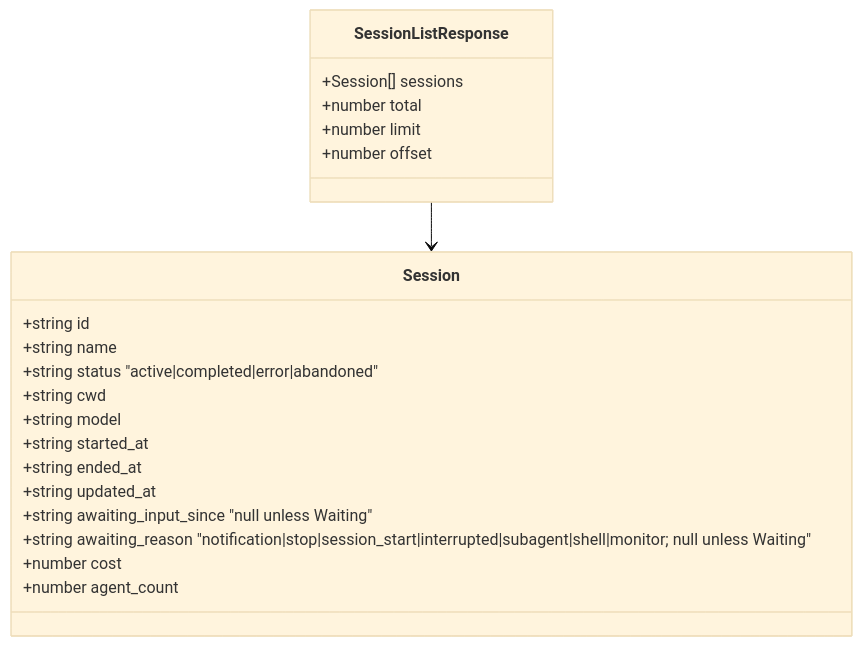
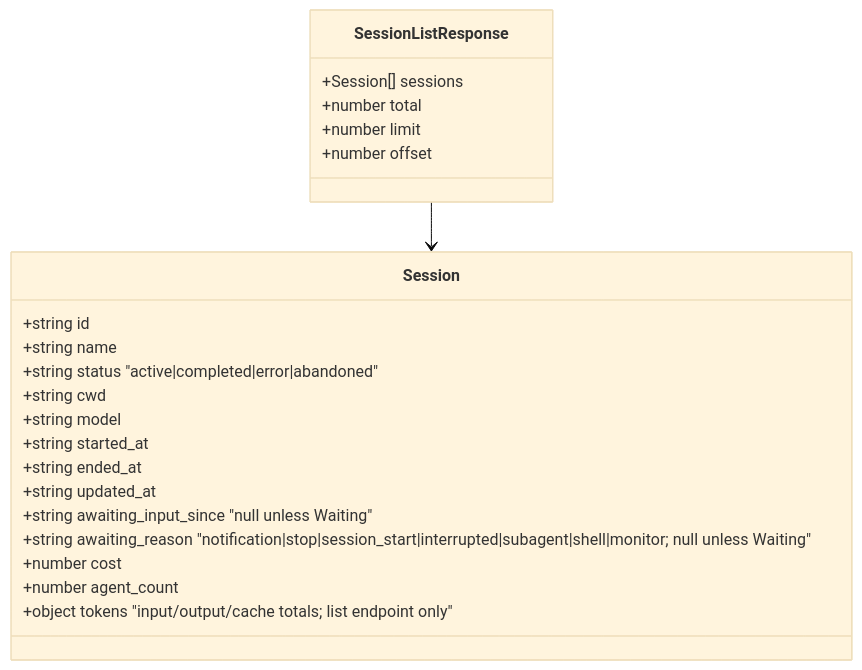
One commit to saralafleur/Claude-Code-Agent-Monitor changed the third of 8 diagrams in docs/API.md. Above: the diagram before and after it, drawn with Mermaid (base theme). The commit also changed other lines of this file and 26 other files, not shown here.

````diff
--- a/docs/API.md
+++ b/docs/API.md
@@ -156,26 +156,27 @@
 ```mermaid
 classDiagram
     class SessionListResponse {
         +Session[] sessions
         +number total
         +number limit
         +number offset
     }
     
     class Session {
         +string id
         +string name
         +string status "active|completed|error|abandoned"
         +string cwd
         +string model
         +string started_at
         +string ended_at
         +string updated_at
         +string awaiting_input_since "null unless Waiting"
         +string awaiting_reason "notification|stop|session_start|interrupted|subagent|shell|monitor; null unless Waiting"
         +number cost
         +number agent_count
+        +object tokens "input/output/cache totals; list endpoint only"
     }
     
     SessionListResponse --> Session
 ```
````
